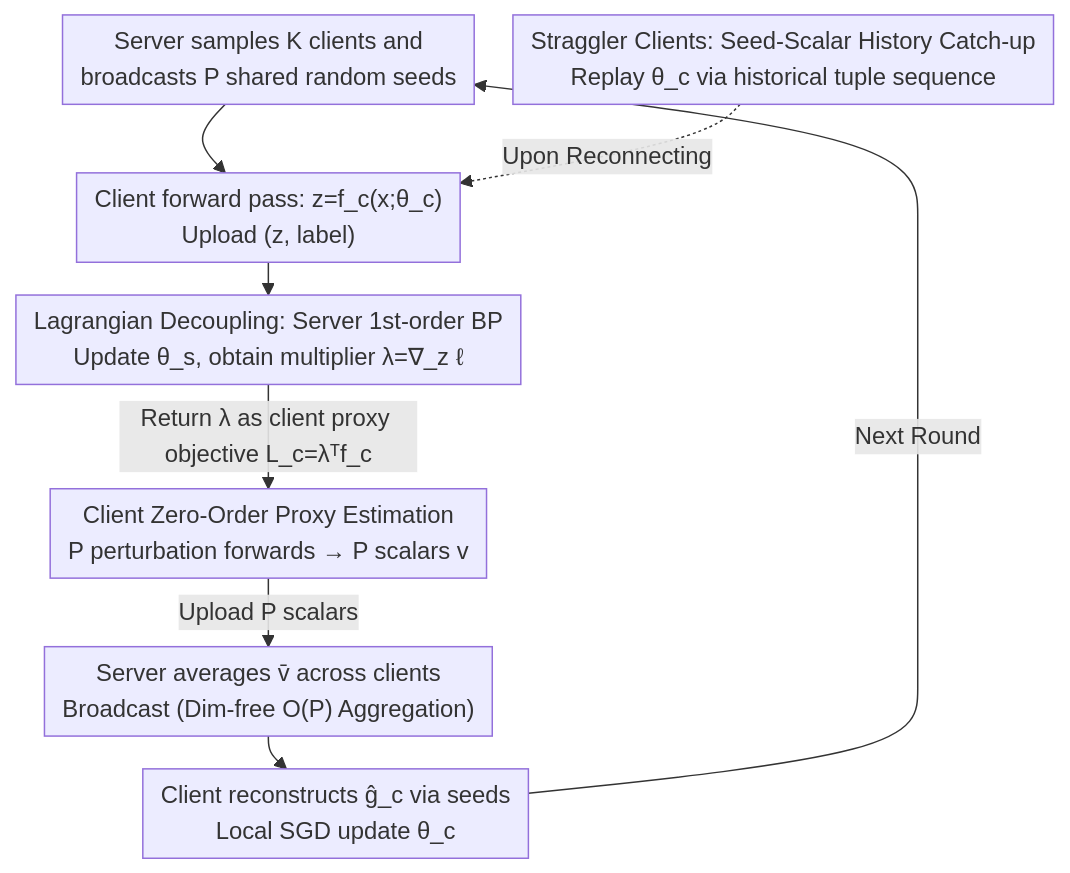
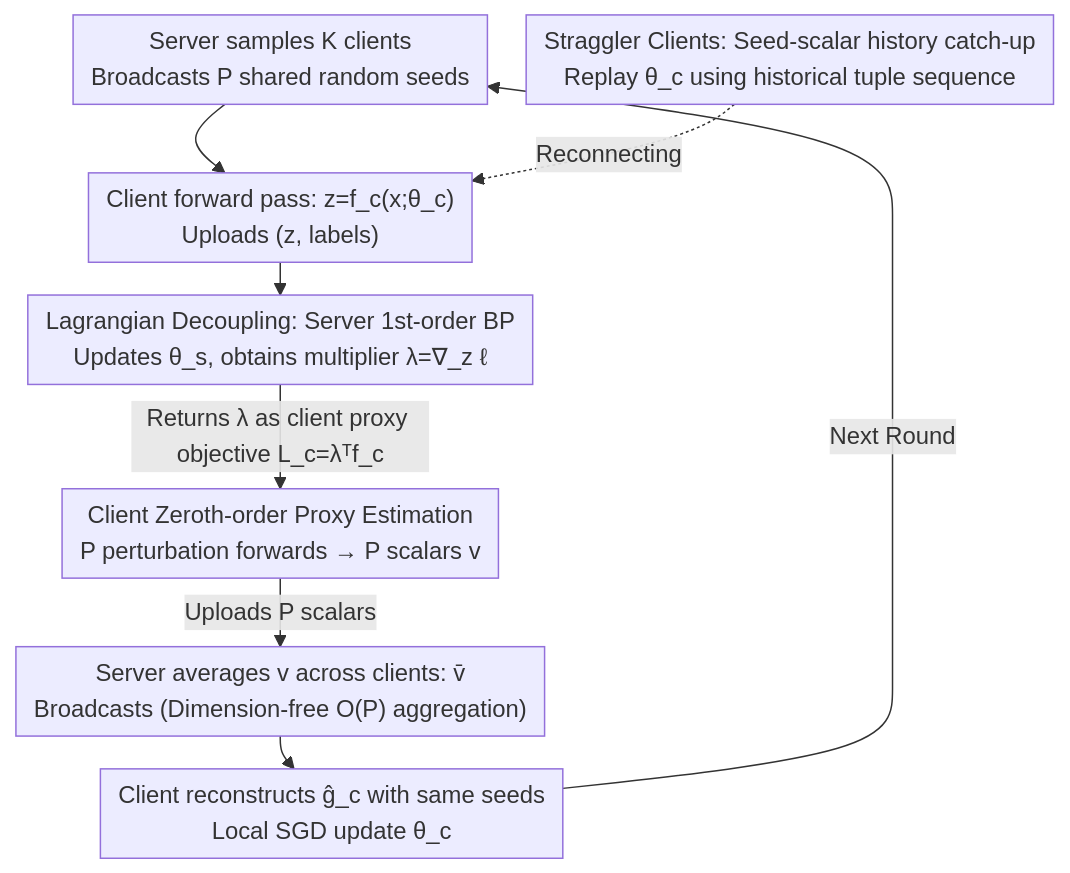
Before and after one commit to zhaoyang97/Paper-Notes-en: the diagram in docs/ICML2026/optimization/ho-sfl_hybrid-order_split_federated_learning_with_backprop-free_clients_and_dime.md, drawn with Mermaid. The commit also changed other lines of this file and 5084 other files, not shown here.

````diff
--- a/docs/ICML2026/optimization/ho-sfl_hybrid-order_split_federated_learning_with_backprop-free_clients_and_dime.md
+++ b/docs/ICML2026/optimization/ho-sfl_hybrid-order_split_federated_learning_with_backprop-free_clients_and_dime.md
@@ -44,11 +44,11 @@
 ```mermaid
 %%{init: {'flowchart': {'rankSpacing': 22, 'nodeSpacing': 26, 'padding': 6, 'wrappingWidth': 400}}}%%
 flowchart TD
-    A["Server samples K clients and<br/>broadcasts P shared random seeds"] --> B["Client forward pass: z=f_c(x;θ_c)<br/>Upload (z, label)"]
-    B --> C["Lagrangian Decoupling: Server 1st-order BP<br/>Update θ_s, obtain multiplier λ=∇_z ℓ"]
-    C -->|"Return λ as client proxy objective L_c=λᵀf_c"| D["Client Zero-Order Proxy Estimation<br/>P perturbation forwards → P scalars v"]
-    D -->|Upload P scalars| E["Server averages v̄ across clients<br/>Broadcast (Dim-free O(P) Aggregation)"]
-    E --> F["Client reconstructs ĝ_c via seeds<br/>Local SGD update θ_c"]
+    A["Server samples K clients<br/>Broadcasts P shared random seeds"] --> B["Client forward pass: z=f_c(x;θ_c)<br/>Uploads (z, labels)"]
+    B --> C["Lagrangian Decoupling: Server 1st-order BP<br/>Updates θ_s, obtains multiplier λ=∇_z ℓ"]
+    C -->|"Returns λ as client proxy objective L_c=λᵀf_c"| D["Client Zeroth-order Proxy Estimation<br/>P perturbation forwards → P scalars v"]
+    D -->|Uploads P scalars| E["Server averages v across clients: v̄<br/>Broadcasts (Dimension-free O(P) aggregation)"]
+    E --> F["Client reconstructs ĝ_c with same seeds<br/>Local SGD update θ_c"]
     F -->|Next Round| A
-    G["Straggler Clients: Seed-Scalar History Catch-up<br/>Replay θ_c via historical tuple sequence"] -.->|Upon Reconnecting| B
+    G["Straggler Clients: Seed-scalar history catch-up<br/>Replay θ_c using historical tuple sequence"] -.->|Reconnecting| B
 ```
````
